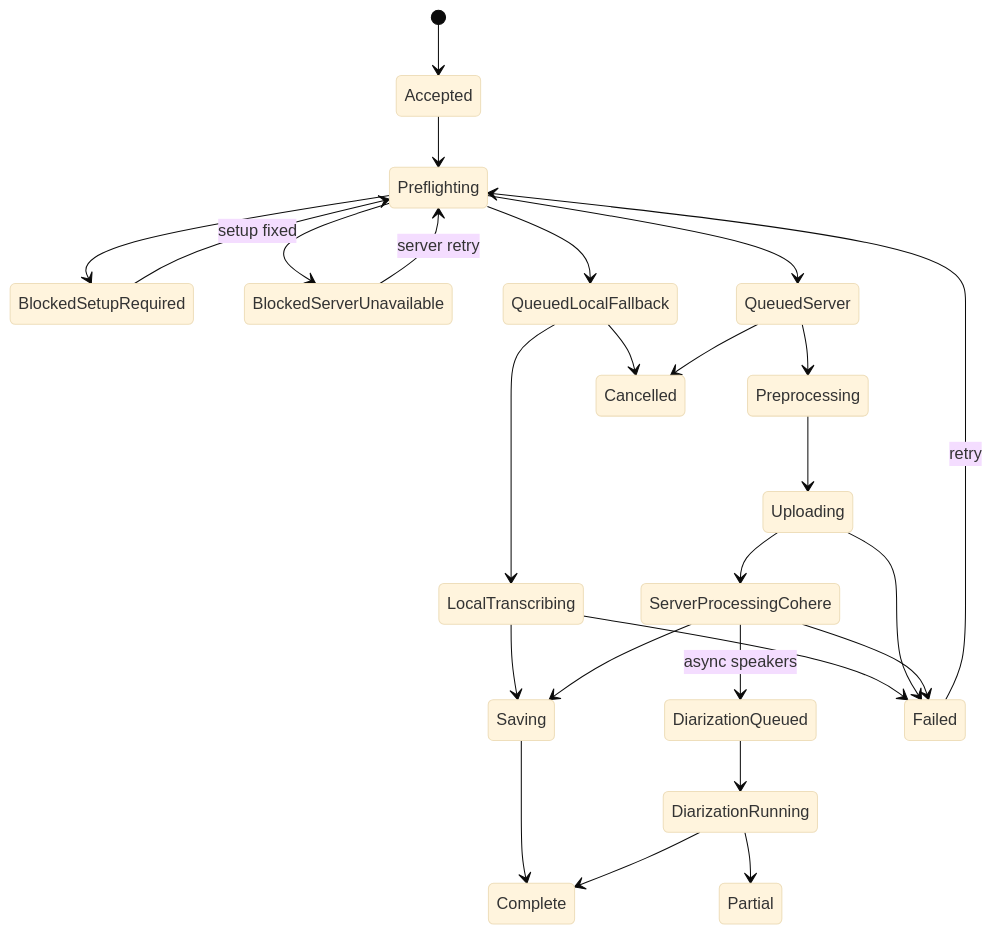
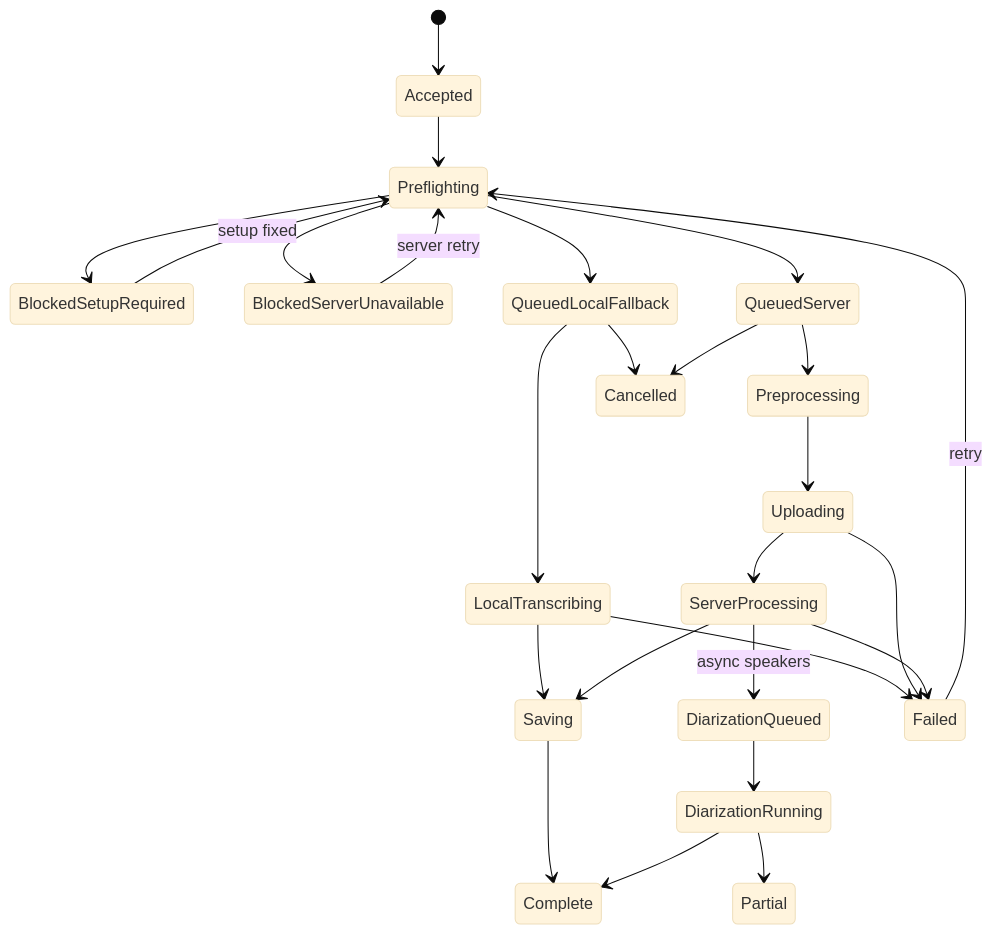
The first of 2 diagrams in docs/specs/client-state-machine.md (mcnatg1/yap), drawn with Mermaid (base theme) before and after one commit. The commit also changed other lines of this file and 24 other files, not shown here.

Commit message:
docs: normalize architecture applicability and phases

````diff
--- a/docs/specs/client-state-machine.md
+++ b/docs/specs/client-state-machine.md
@@ -142,28 +146,28 @@
 ```mermaid
 stateDiagram-v2
     [*] --> Accepted
     Accepted --> Preflighting
     Preflighting --> BlockedSetupRequired
     Preflighting --> BlockedServerUnavailable
     Preflighting --> QueuedLocalFallback
     Preflighting --> QueuedServer
     BlockedSetupRequired --> Preflighting: setup fixed
     BlockedServerUnavailable --> Preflighting: server retry
     QueuedLocalFallback --> LocalTranscribing
     QueuedServer --> Preprocessing
     Preprocessing --> Uploading
-    Uploading --> ServerProcessingCohere
+    Uploading --> ServerProcessing
     LocalTranscribing --> Saving
-    ServerProcessingCohere --> Saving
+    ServerProcessing --> Saving
     Saving --> Complete
-    ServerProcessingCohere --> DiarizationQueued: async speakers
+    ServerProcessing --> DiarizationQueued: async speakers
     DiarizationQueued --> DiarizationRunning
     DiarizationRunning --> Complete
     DiarizationRunning --> Partial
     LocalTranscribing --> Failed
     Uploading --> Failed
-    ServerProcessingCohere --> Failed
+    ServerProcessing --> Failed
     Failed --> Preflighting: retry
     QueuedLocalFallback --> Cancelled
     QueuedServer --> Cancelled
 ```
````
